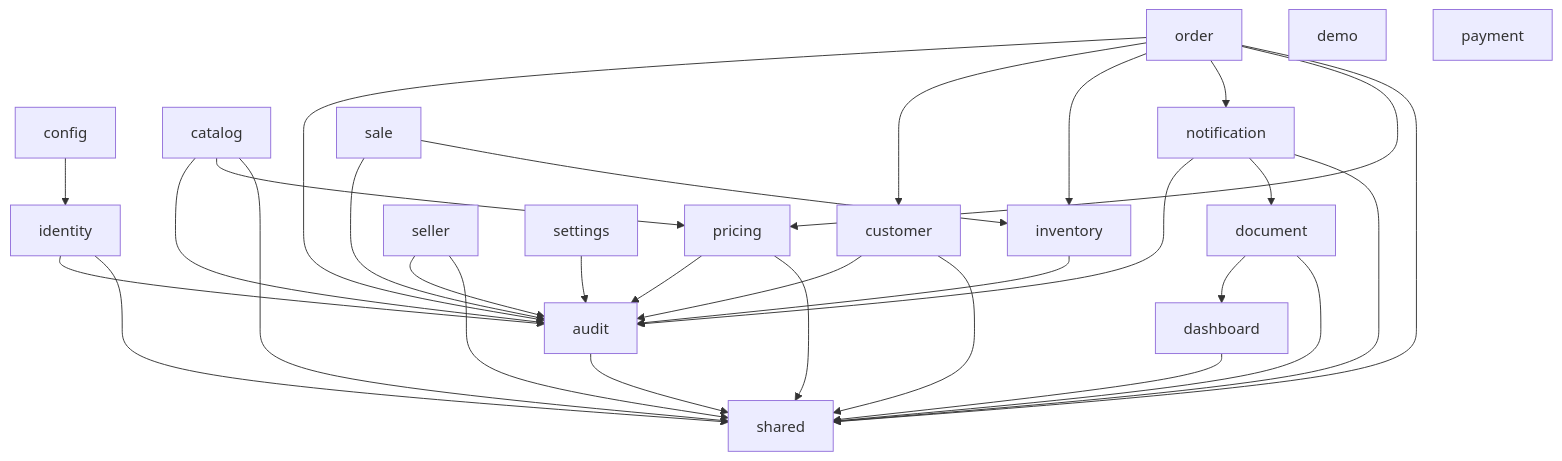
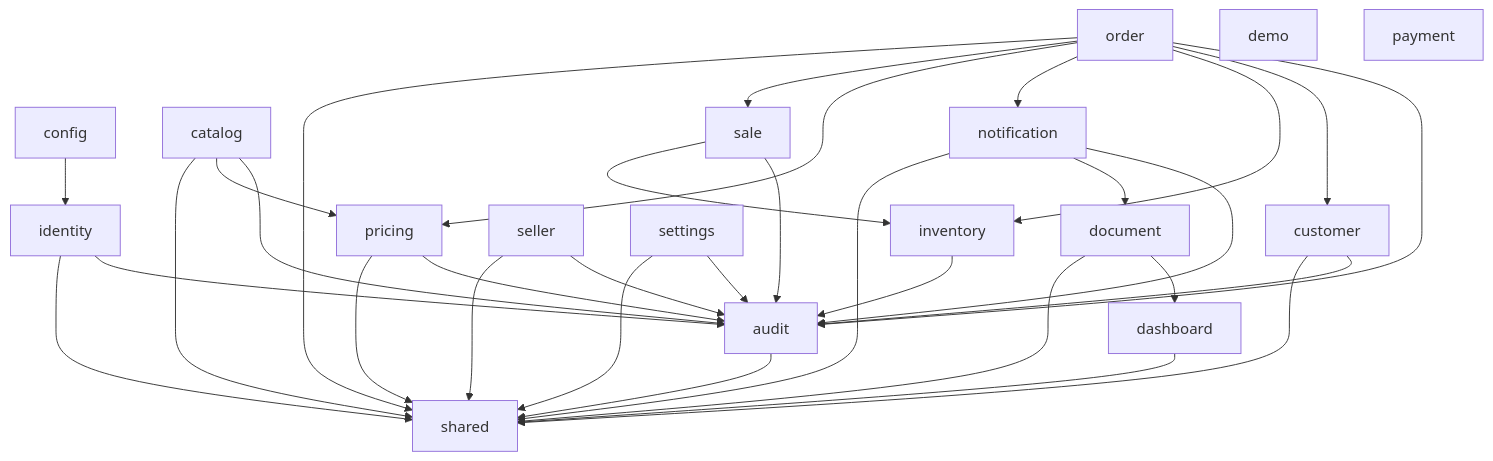
Before and after one commit to Martinrc93/distribuidoraCore: the diagram in docs/architecture/module-boundaries.md, drawn with Mermaid. The commit also changed other lines of this file and 22 other files, not shown here.

````diff
--- a/docs/architecture/module-boundaries.md
+++ b/docs/architecture/module-boundaries.md
@@ -31,34 +32,36 @@
 ```mermaid
 flowchart TD
     config --> identity
     identity --> audit
     identity --> shared
     catalog --> audit
     catalog --> pricing
     catalog --> shared
     customer --> audit
     customer --> shared
     dashboard --> shared
     document --> dashboard
     document --> shared
     inventory --> audit
     notification --> audit
     notification --> document
     notification --> shared
     order --> audit
     order --> customer
     order --> inventory
     order --> notification
     order --> pricing
+    order --> sale
     order --> shared
     pricing --> audit
     pricing --> shared
     sale --> audit
     sale --> inventory
     seller --> audit
     seller --> shared
     settings --> audit
+    settings --> shared
     audit --> shared
     demo
     payment
 ```
````
